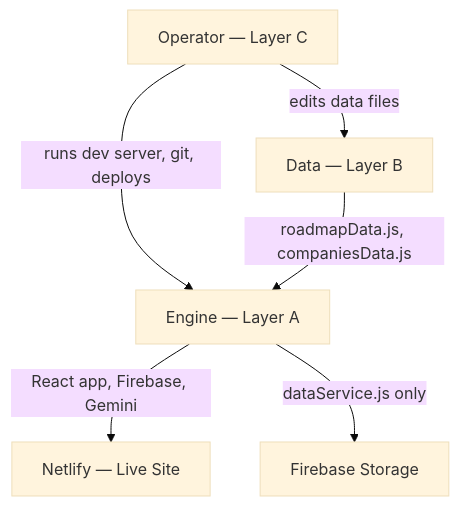
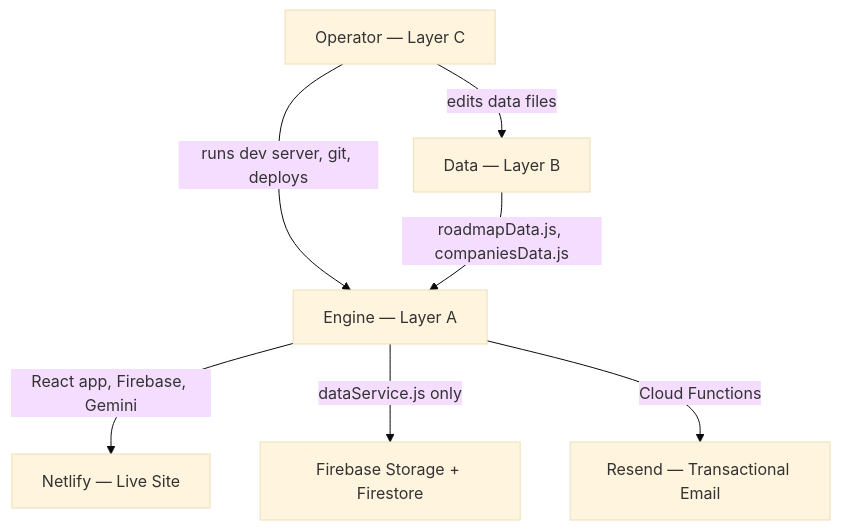
The diagram in README.md (rirtakmanna/ibforge), drawn with Mermaid (base theme) before and after one commit. The commit also changed other lines of this file, not shown here.

````diff
--- a/README.md
+++ b/README.md
@@ -87,8 +91,9 @@
 ```mermaid
 graph TD
     A[Operator — Layer C] -->|edits data files| B[Data — Layer B]
     A -->|runs dev server, git, deploys| C[Engine — Layer A]
     B -->|roadmapData.js, companiesData.js| C
     C -->|React app, Firebase, Gemini| D[Netlify — Live Site]
-    C -->|dataService.js only| E[Firebase Storage]
+    C -->|dataService.js only| E[Firebase Storage + Firestore]
+    C -->|Cloud Functions| F[Resend — Transactional Email]
 ```
````
